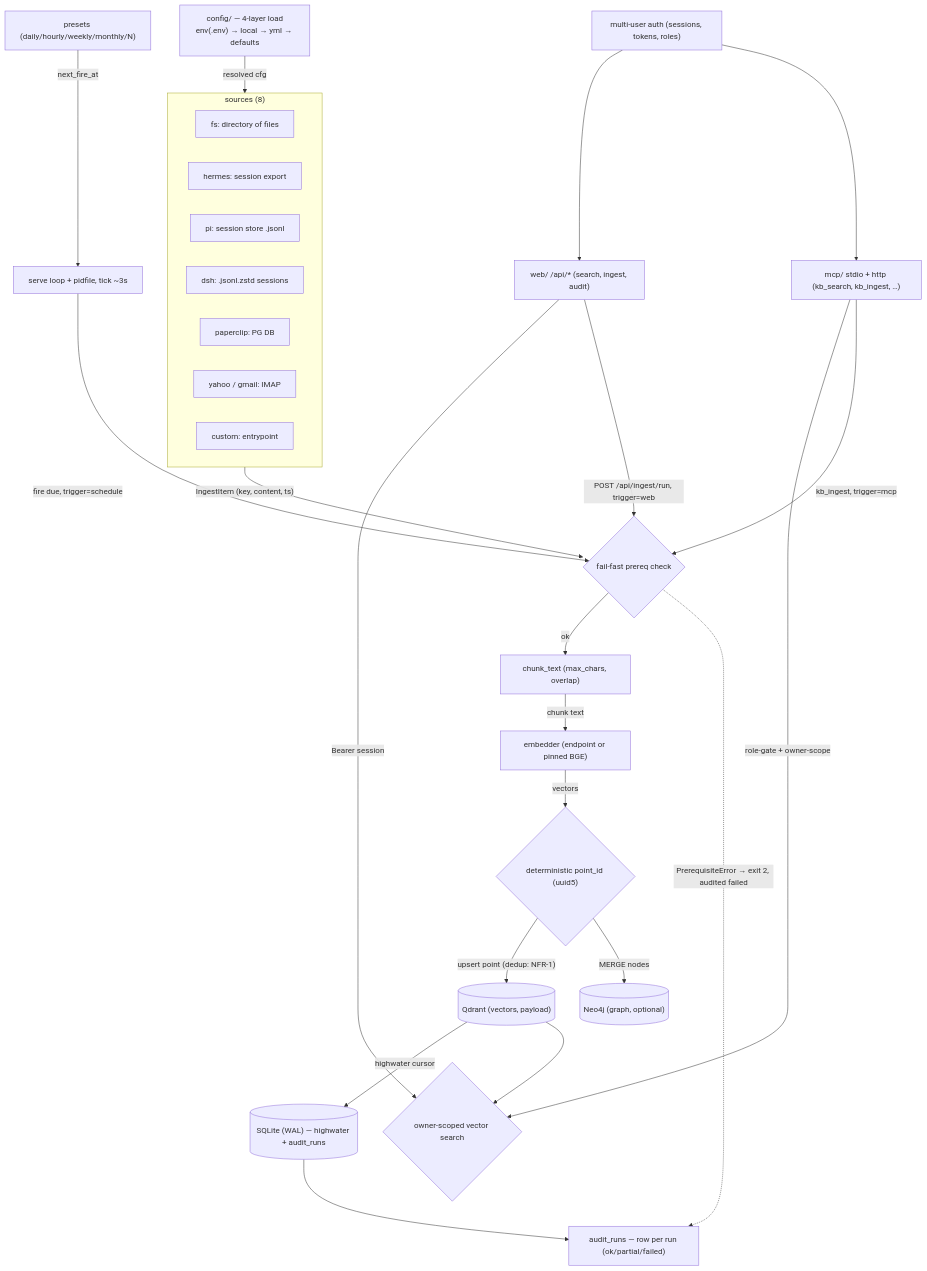
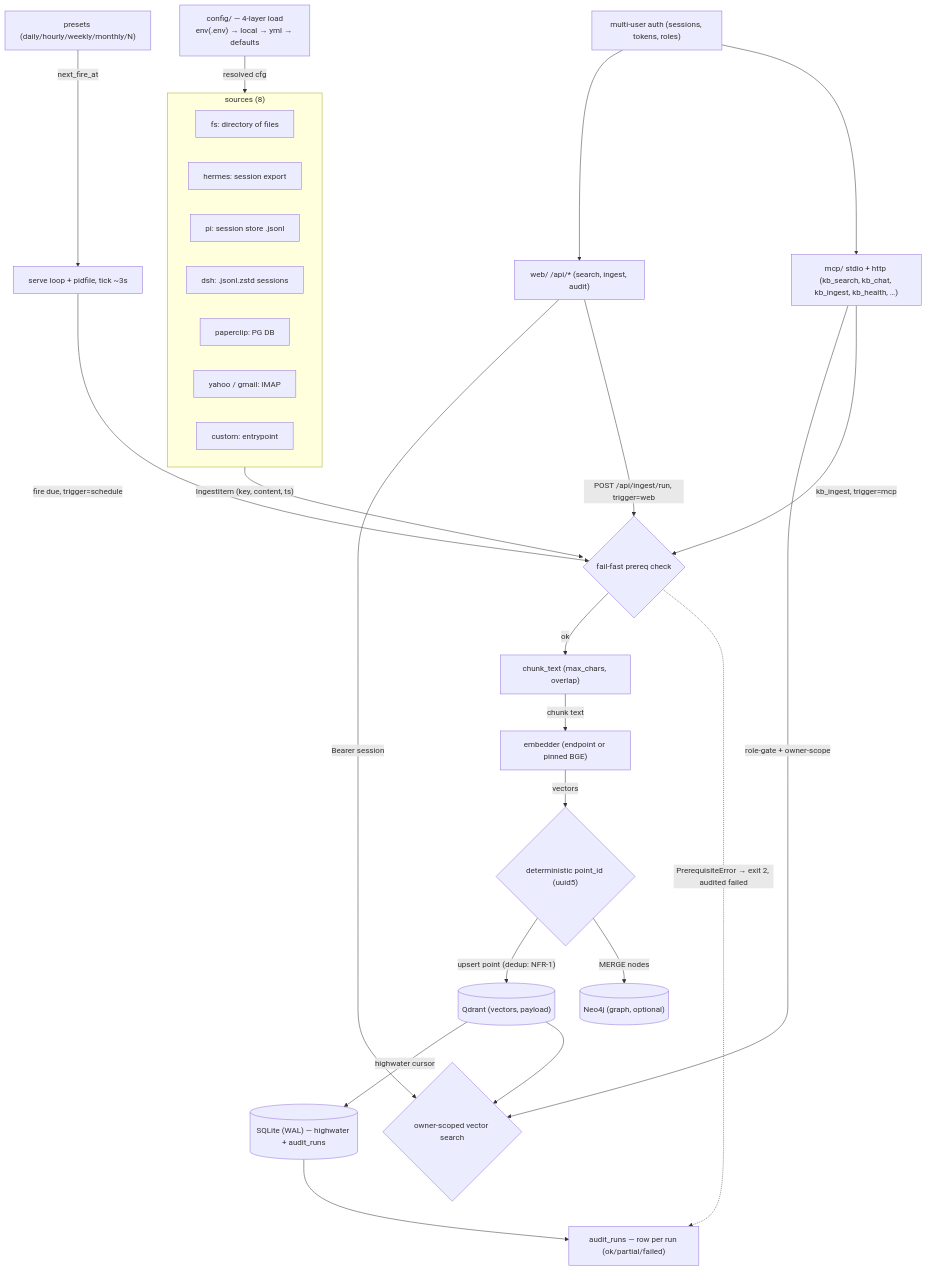
The diagram in README.md (terrygzhou/digital-twins), drawn with Mermaid before and after one commit. The commit also changed other lines of this file, not shown here.

````diff
--- a/README.md
+++ b/README.md
@@ -467,68 +488,68 @@
 ```mermaid
 flowchart TD
     %% Phase 0: configuration (the substrate)
     config["config/ — 4-layer load<br/>env(.env) → local → yml → defaults"]
 
     %% Phase 1: ingestion (read from sources)
     subgraph sources["sources (8)"]
         fs["fs: directory of files"]
         hermes["hermes: session export"]
         pi["pi: session store .jsonl"]
         dsh["dsh: .jsonl.zstd sessions"]
         paperclip["paperclip: PG DB"]
         mail["yahoo / gmail: IMAP"]
         custom["custom: entrypoint"]
     end
 
     %% Phase 2: transformation (chunk + embed)
     prereq{"fail-fast prereq check"}
     chunk["chunk_text (max_chars, overlap)"]
     embed["embedder (endpoint or pinned BGE)"]
     ids{"deterministic point_id (uuid5)"}
 
     %% Phase 3: storage (upsert + state)
     qdrant[("Qdrant (vectors, payload)")]
     neo4j[("Neo4j (graph, optional)")]
     sqlite[("SQLite (WAL) — highwater + audit_runs")]
 
     %% Phase 4: scheduling (wraps 1–3)
     presets["presets (daily/hourly/weekly/monthly/N)"]
     loop["serve loop + pidfile, tick ~3s"]
 
     %% Phase 5: retrieval / serving (read side)
     web["web/ /api/* (search, ingest, audit)"]
-    mcp["mcp/ stdio + http (kb_search, kb_ingest, …)"]
+    mcp["mcp/ stdio + http (kb_search, kb_chat, kb_ingest, kb_health, …)"]
     search{"owner-scoped vector search"}
 
     %% Cross-cutting
     audit["audit_runs — row per run (ok/partial/failed)"]
     multi["multi-user auth (sessions, tokens, roles)"]
 
     %% data flow
     config -->|resolved cfg| sources
     sources -->|"IngestItem (key, content, ts)"| prereq
     prereq -->|ok| chunk
     prereq -.->|"PrerequisiteError → exit 2, audited failed"| audit
     chunk -->|chunk text| embed
     embed -->|vectors| ids
     ids -->|"upsert point (dedup: NFR-1)"| qdrant
     ids -->|MERGE nodes| neo4j
     qdrant -->|highwater cursor| sqlite
     qdrant --> search
     sqlite --> audit
 
     %% scheduling drives the pipeline
     loop -->|"fire due, trigger=schedule"| prereq
     presets -->|next_fire_at| loop
 
     %% serving surfaces
     web -->|Bearer session| search
     mcp -->|"role-gate + owner-scope"| search
     web -->|"POST /api/ingest/run, trigger=web"| prereq
     mcp -->|"kb_ingest, trigger=mcp"| prereq
 
     %% multi-user wraps serving
     multi --> web
     multi --> mcp
 
 ```
````
